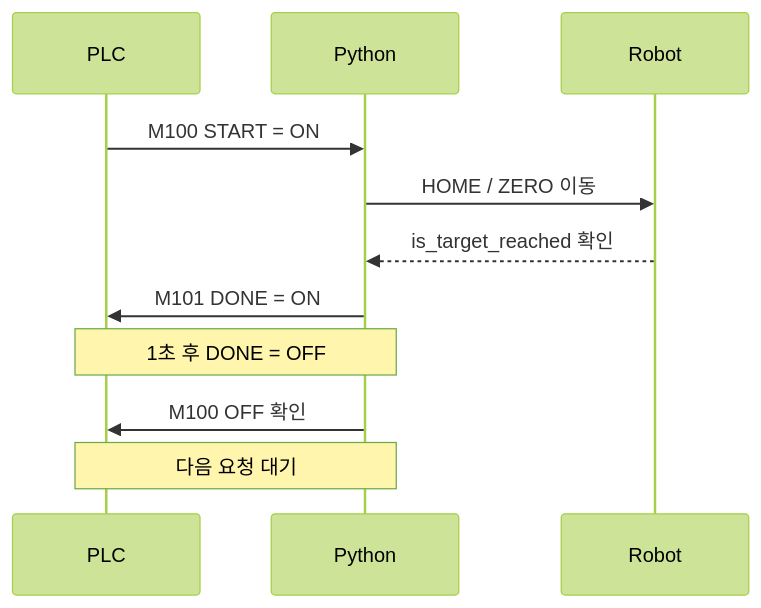
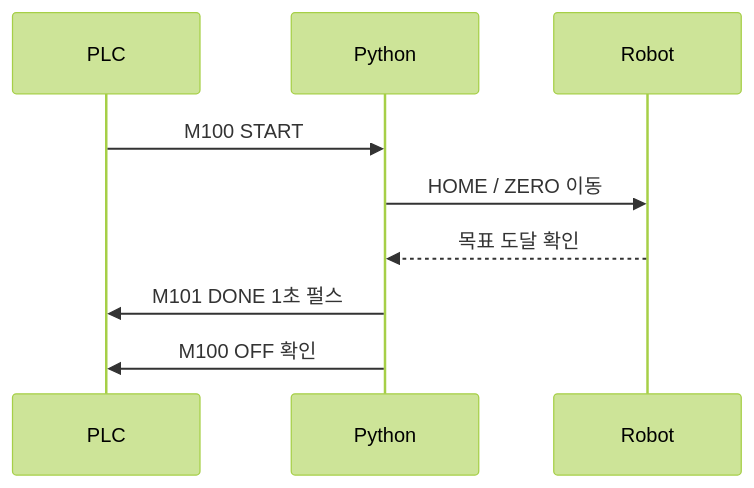
The diagram in README.md (seo219/fa-automation-portfolio), drawn with Mermaid (forest theme) before and after one commit. The commit also changed other lines of this file and 13 other files, not shown here.

````diff
--- a/README.md
+++ b/README.md
@@ -58,13 +60,11 @@
 ```mermaid
 sequenceDiagram
     participant PLC
     participant Python
     participant Robot
-    PLC->>Python: M100 START = ON
+    PLC->>Python: M100 START
     Python->>Robot: HOME / ZERO 이동
-    Robot-->>Python: is_target_reached 확인
-    Python->>PLC: M101 DONE = ON
-    Note over Python,PLC: 1초 후 DONE = OFF
+    Robot-->>Python: 목표 도달 확인
+    Python->>PLC: M101 DONE 1초 펄스
     Python->>PLC: M100 OFF 확인
-    Note over PLC,Python: 다음 요청 대기
 ```
````
